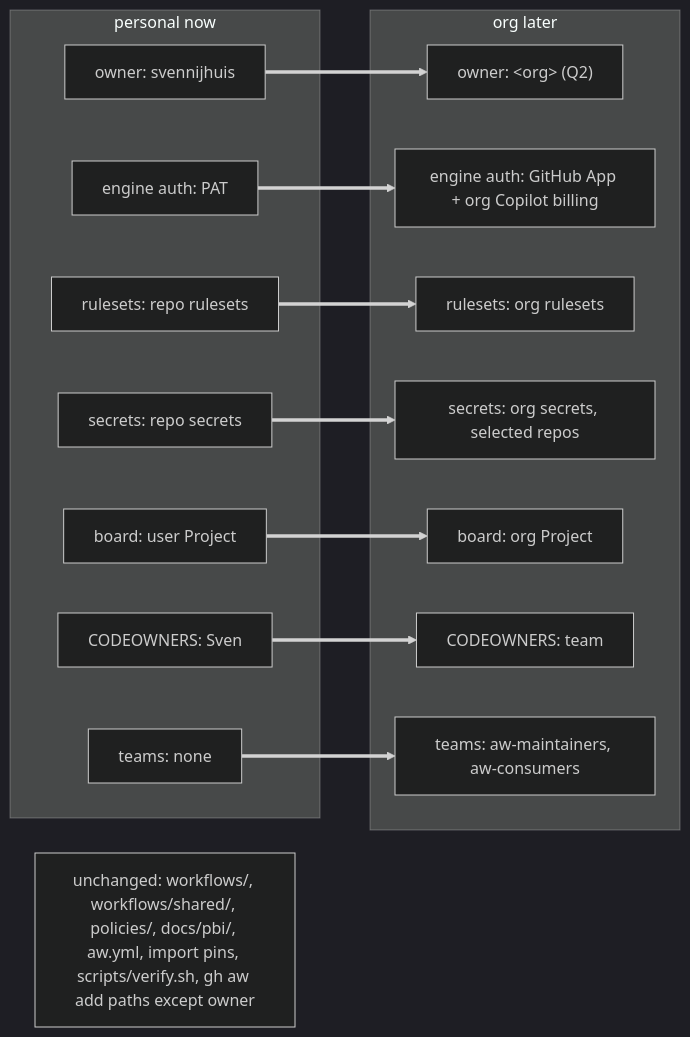
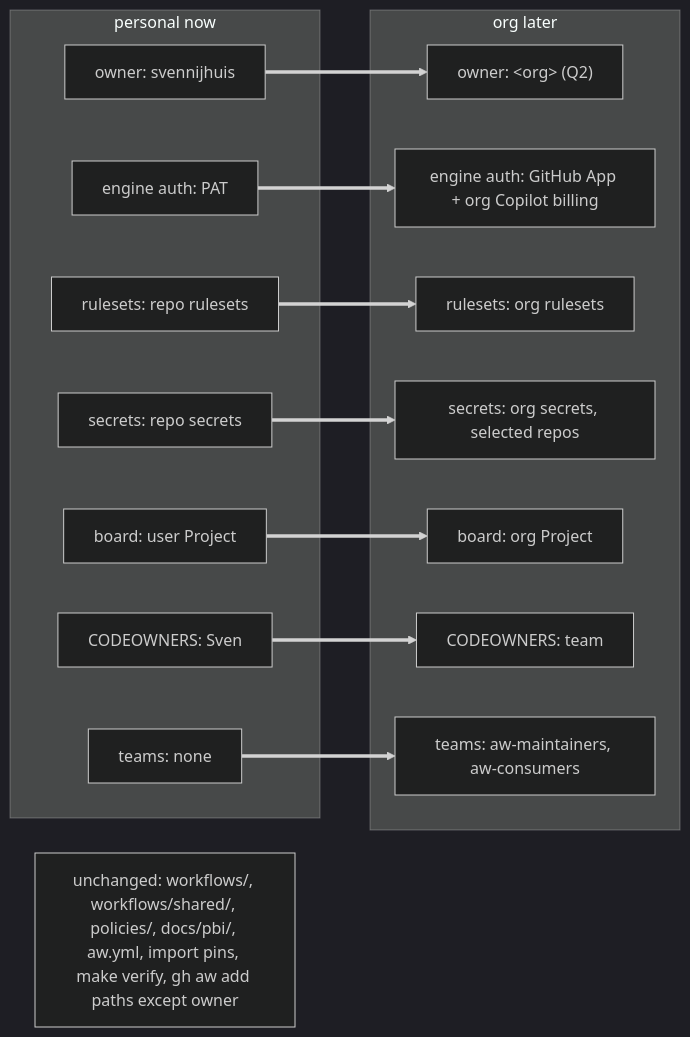
Before and after one commit to svennijhuis/agentic-workflows: the second of 2 diagrams in governance/ORG-ONLY.md, drawn with Mermaid (dark theme). The commit also changed other lines of this file and 986 other files, not shown here.

````diff
--- a/governance/ORG-ONLY.md
+++ b/governance/ORG-ONLY.md
@@ -28,29 +28,29 @@
 ```mermaid
 flowchart LR
   subgraph Now["personal now"]
     n1["owner: svennijhuis"]
     n2["engine auth: PAT"]
     n3["rulesets: repo rulesets"]
     n4["secrets: repo secrets"]
     n5["board: user Project"]
     n6["CODEOWNERS: Sven"]
     n7["teams: none"]
   end
   subgraph Later["org later"]
     o1["owner: #lt;org#gt; (Q2)"]
     o2["engine auth: GitHub App + org Copilot billing"]
     o3["rulesets: org rulesets"]
     o4["secrets: org secrets, selected repos"]
     o5["board: org Project"]
     o6["CODEOWNERS: team"]
     o7["teams: aw-maintainers, aw-consumers"]
   end
   n1 ==> o1
   n2 ==> o2
   n3 ==> o3
   n4 ==> o4
   n5 ==> o5
   n6 ==> o6
   n7 ==> o7
-  U["unchanged: workflows/, workflows/shared/, policies/, docs/pbi/, aw.yml, import pins, scripts/verify.sh, gh aw add paths except owner"]
+  U["unchanged: workflows/, workflows/shared/, policies/, docs/pbi/, aw.yml, import pins, make verify, gh aw add paths except owner"]
 ```
````
